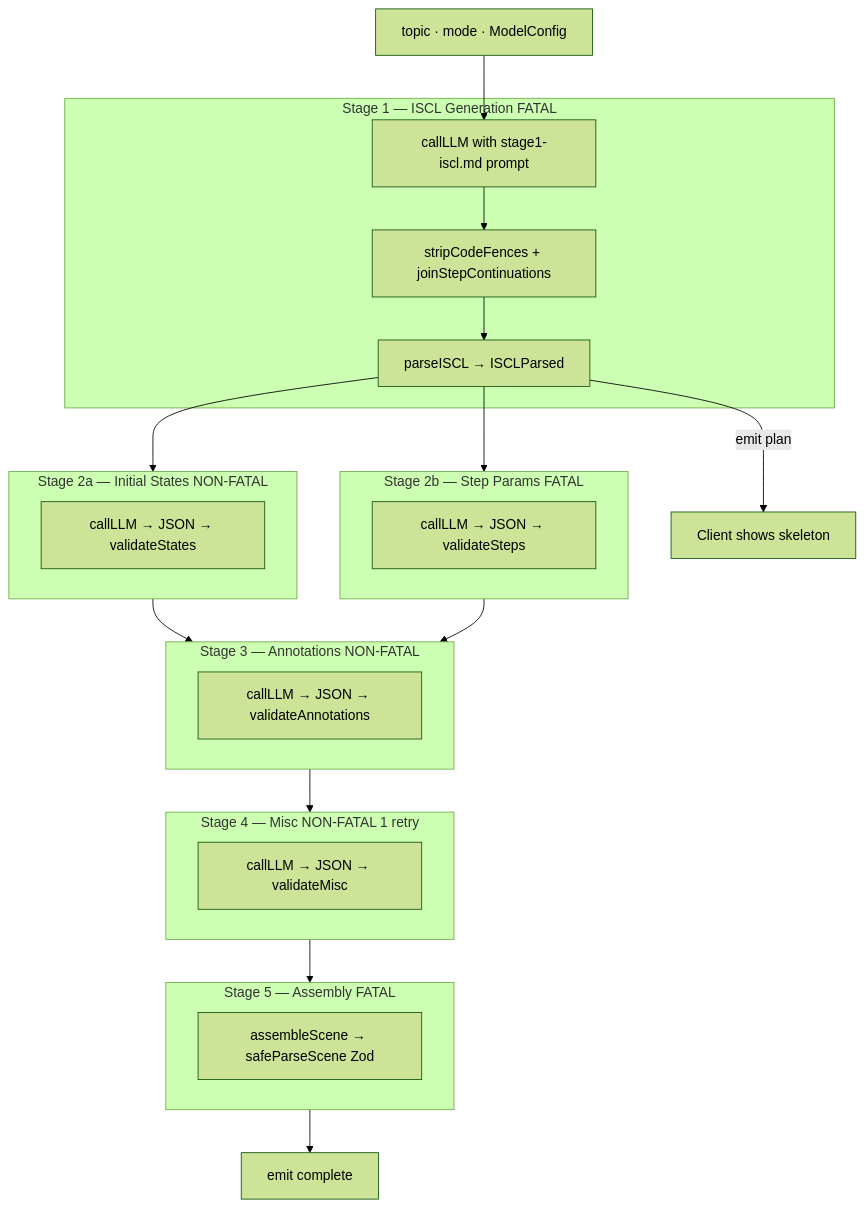
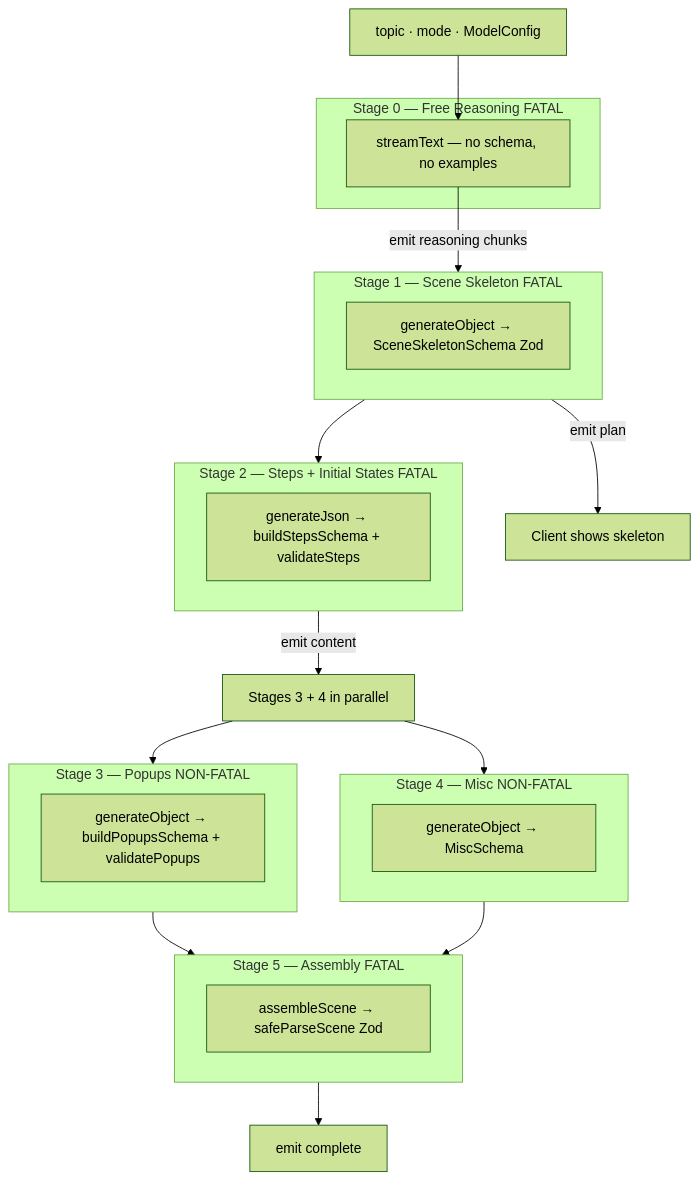
Before and after one commit to overclockedbrains/insyte: the diagram in docs/architecture/ai-pipeline.md, drawn with Mermaid (forest theme). The commit also changed other lines of this file and 15 other files, not shown here.

````diff
--- a/docs/architecture/ai-pipeline.md
+++ b/docs/architecture/ai-pipeline.md
@@ -24,43 +25,44 @@
 ```mermaid
 flowchart TD
-    INPUT[topic · mode · ModelConfig] --> S1
+    INPUT[topic · mode · ModelConfig] --> S0
 
-    subgraph S1_BOX["Stage 1 — ISCL Generation  FATAL"]
-        S1[callLLM with stage1-iscl.md prompt]
-        S1_CLEAN[stripCodeFences + joinStepContinuations]
-        S1_PARSE[parseISCL → ISCLParsed]
-        S1 --> S1_CLEAN --> S1_PARSE
+    subgraph S0_BOX["Stage 0 — Free Reasoning  FATAL"]
+        S0[streamText — no schema, no examples]
     end
 
-    S1_PARSE -->|emit plan| CLIENT_PLAN[Client shows skeleton]
+    S0 -->|emit reasoning chunks| S1_BOX
 
-    S1_PARSE --> S2A_BOX & S2B_BOX
-
-    subgraph S2A_BOX["Stage 2a — Initial States  NON-FATAL"]
-        S2A[callLLM → JSON → validateStates]
+    subgraph S1_BOX["Stage 1 — Scene Skeleton  FATAL"]
+        S1[generateObject → SceneSkeletonSchema Zod]
     end
 
-    subgraph S2B_BOX["Stage 2b — Step Params  FATAL"]
-        S2B[callLLM → JSON → validateSteps]
+    S1_BOX -->|emit plan| CLIENT_PLAN[Client shows skeleton]
+
+    S1_BOX --> S2_BOX
+
+    subgraph S2_BOX["Stage 2 — Steps + Initial States  FATAL"]
+        S2[generateJson → buildStepsSchema + validateSteps]
     end
 
-    S2A_BOX & S2B_BOX --> S3_BOX
+    S2_BOX -->|emit content| S34
 
-    subgraph S3_BOX["Stage 3 — Annotations  NON-FATAL"]
-        S3[callLLM → JSON → validateAnnotations]
+    S34["Stages 3 + 4 in parallel"]
+
+    subgraph S3_BOX["Stage 3 — Popups  NON-FATAL"]
+        S3[generateObject → buildPopupsSchema + validatePopups]
     end
 
-    S3_BOX --> S4_BOX
-
-    subgraph S4_BOX["Stage 4 — Misc  NON-FATAL 1 retry"]
-        S4[callLLM → JSON → validateMisc]
+    subgraph S4_BOX["Stage 4 — Misc  NON-FATAL"]
+        S4[generateObject → MiscSchema]
     end
 
-    S4_BOX --> S5_BOX
+    S34 --> S3_BOX & S4_BOX
+
+    S3_BOX & S4_BOX --> S5_BOX
 
     subgraph S5_BOX["Stage 5 — Assembly  FATAL"]
         S5[assembleScene → safeParseScene Zod]
     end
 
     S5_BOX --> COMPLETE[emit complete]
 ```
````
